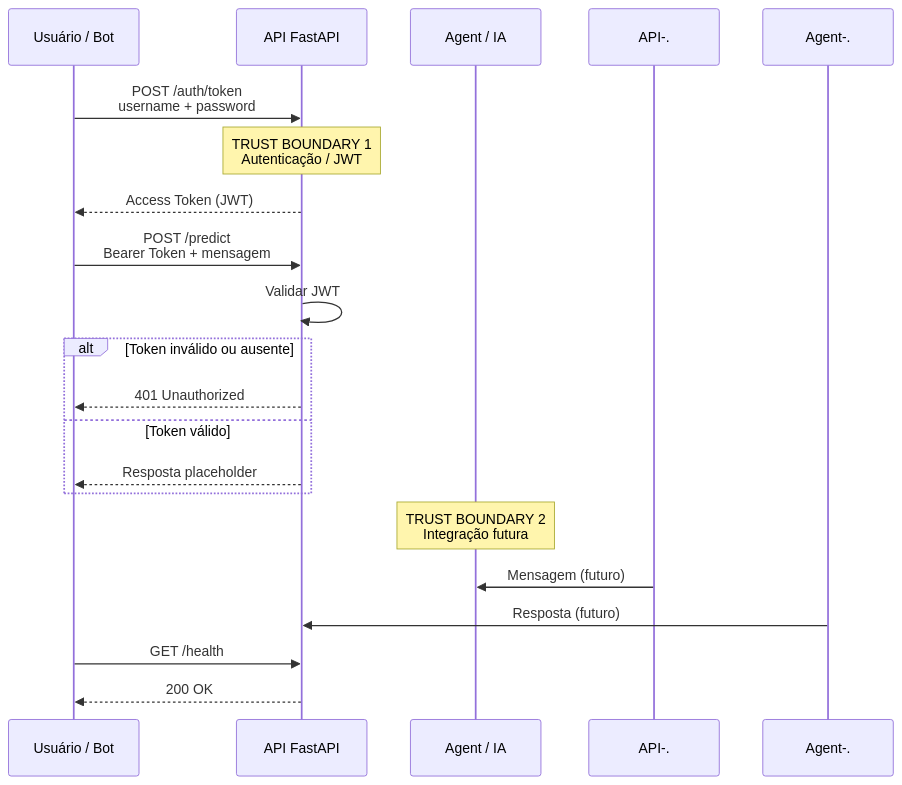
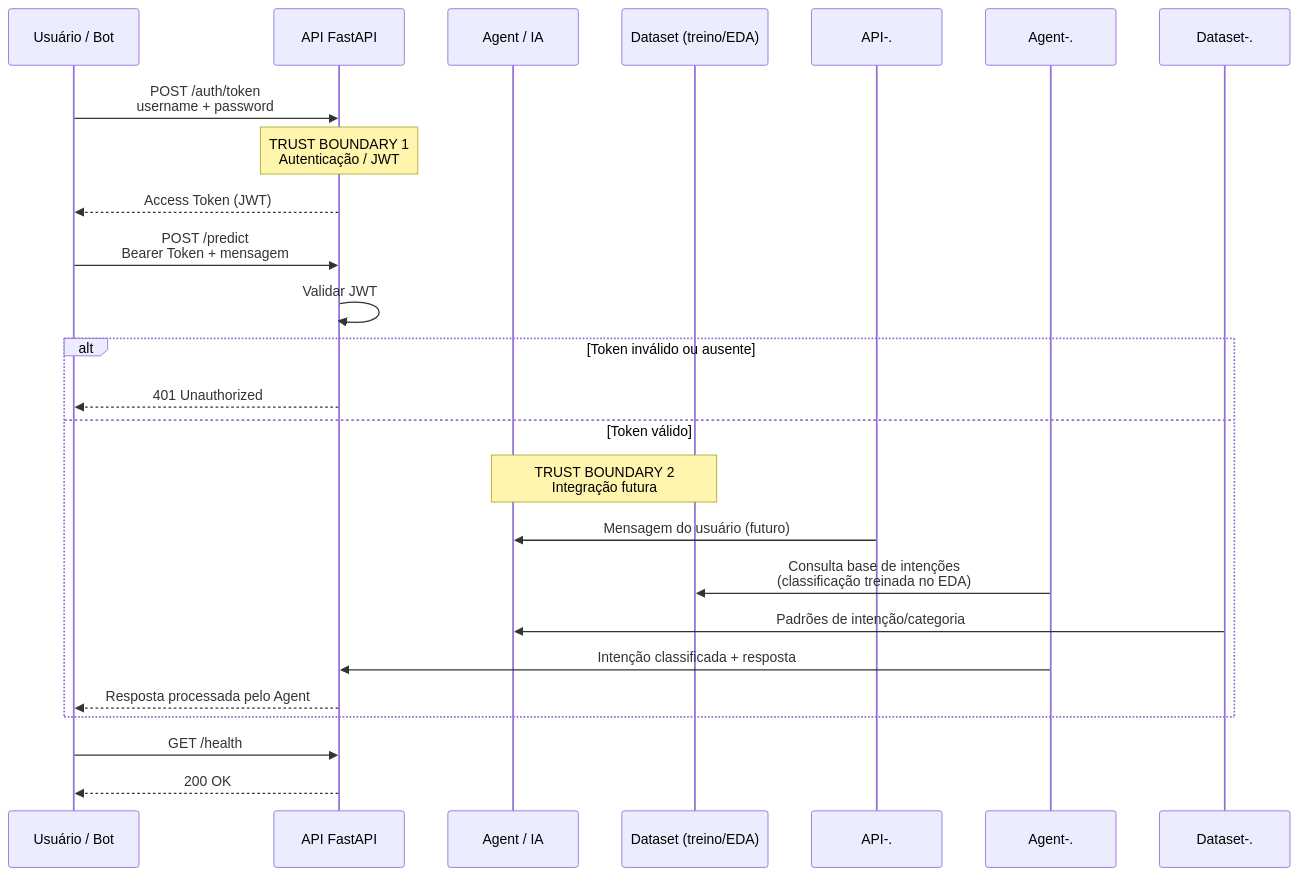
Before and after one commit to arthurvicttor/e-comshield: the diagram in docs/dfd.md, drawn with Mermaid. The commit also changed other lines of this file, not shown here.

Commit message:
Adiciona fluxo do Agent/Dataset ao DFD

````diff
--- a/docs/dfd.md
+++ b/docs/dfd.md
@@ -5,30 +5,32 @@
 ```mermaid
 ---
 config:
   layout: elk
 ---
 sequenceDiagram
     participant User as Usuário / Bot
     participant API as API FastAPI
     participant Agent as Agent / IA
+    participant Dataset as Dataset (treino/EDA)
 
     User->>API: POST /auth/token<br/>username + password
     Note over API: TRUST BOUNDARY 1<br/>Autenticação / JWT
     API-->>User: Access Token (JWT)
 
     User->>API: POST /predict<br/>Bearer Token + mensagem
     API->>API: Validar JWT
 
     alt Token inválido ou ausente
         API-->>User: 401 Unauthorized
     else Token válido
-        API-->>User: Resposta placeholder
+        Note over Agent,Dataset: TRUST BOUNDARY 2<br/>Integração futura
+        API-.->>Agent: Mensagem do usuário (futuro)
+        Agent-.->>Dataset: Consulta base de intenções<br/>(classificação treinada no EDA)
+        Dataset-.->>Agent: Padrões de intenção/categoria
+        Agent-.->>API: Intenção classificada + resposta
+        API-->>User: Resposta processada pelo Agent
     end
-
-    Note over Agent: TRUST BOUNDARY 2<br/>Integração futura
-    API-.->>Agent: Mensagem (futuro)
-    Agent-.->>API: Resposta (futuro)
 
     User->>API: GET /health
     API-->>User: 200 OK
 ```
````
